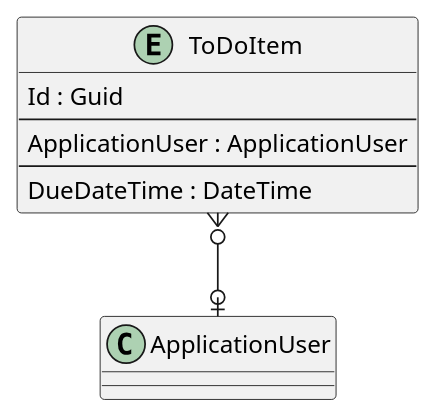
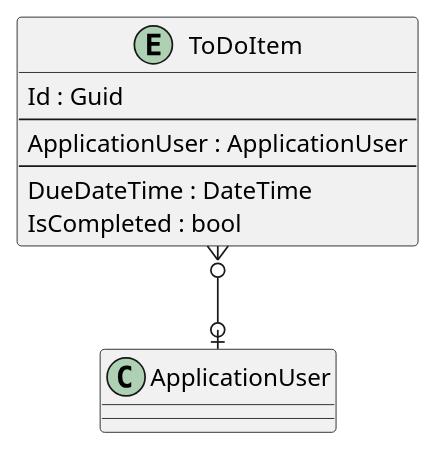
Before and after one commit to intrepion/intrepion_to-do_web_blazor: the diagram in .docs/Intrepion.ToDo.pu, drawn with PlantUML.

```diff
--- a/.docs/Intrepion.ToDo.pu
+++ b/.docs/Intrepion.ToDo.pu
@@ -1,18 +1,19 @@
 @startuml
 
 entity ToDoItem {
     Id : Guid
     --
     ApplicationUser : ApplicationUser
     ' ToDoItemKeyCodePlaceholder
     --
     DueDateTime : DateTime
+    IsCompleted : bool
     ' ToDoItemPropertyCodePlaceholder
 }
 
 ' EntityCodePlaceholder
 
 ToDoItem }o--o| ApplicationUser
 ' RelationshipCodePlaceholder
 
 @enduml
```
